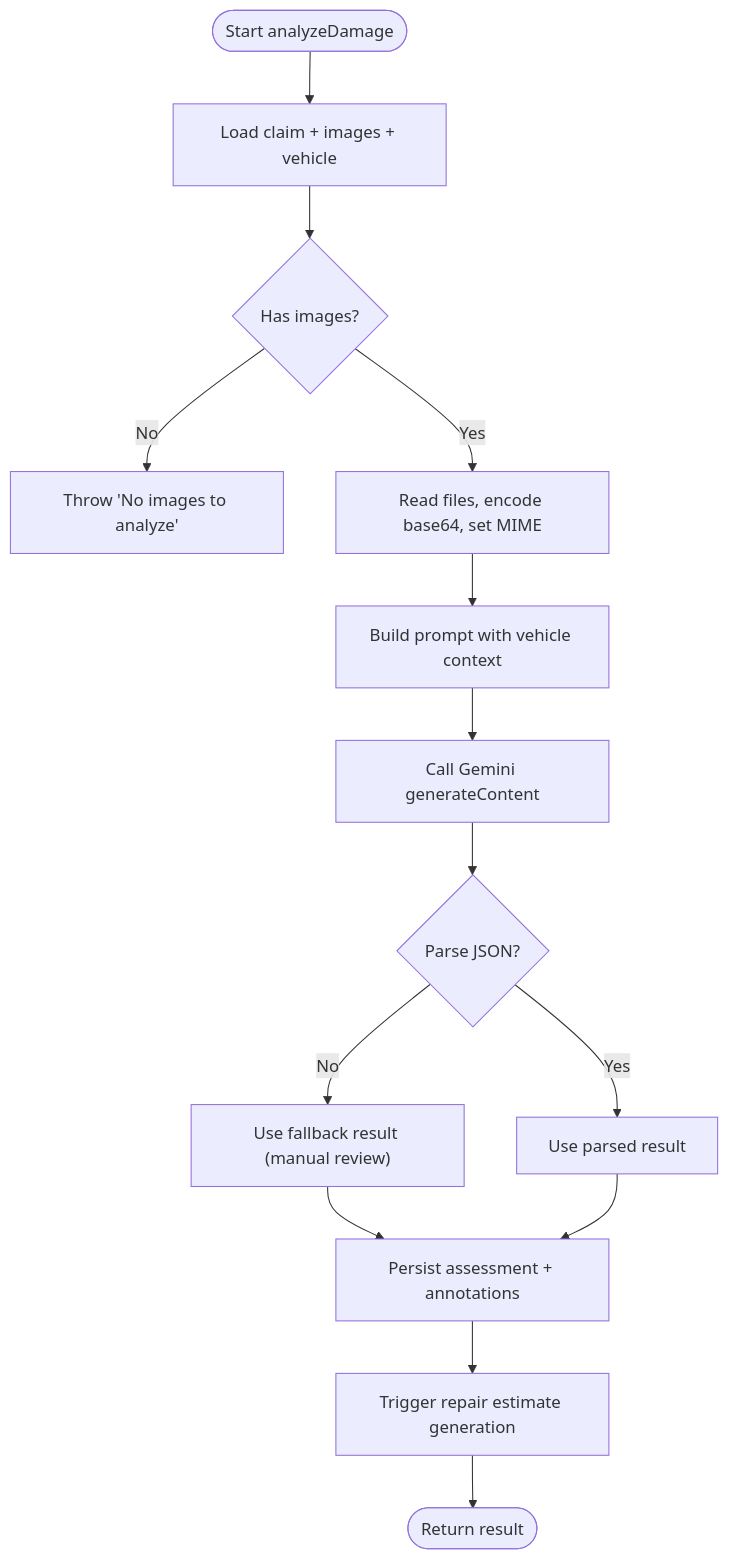
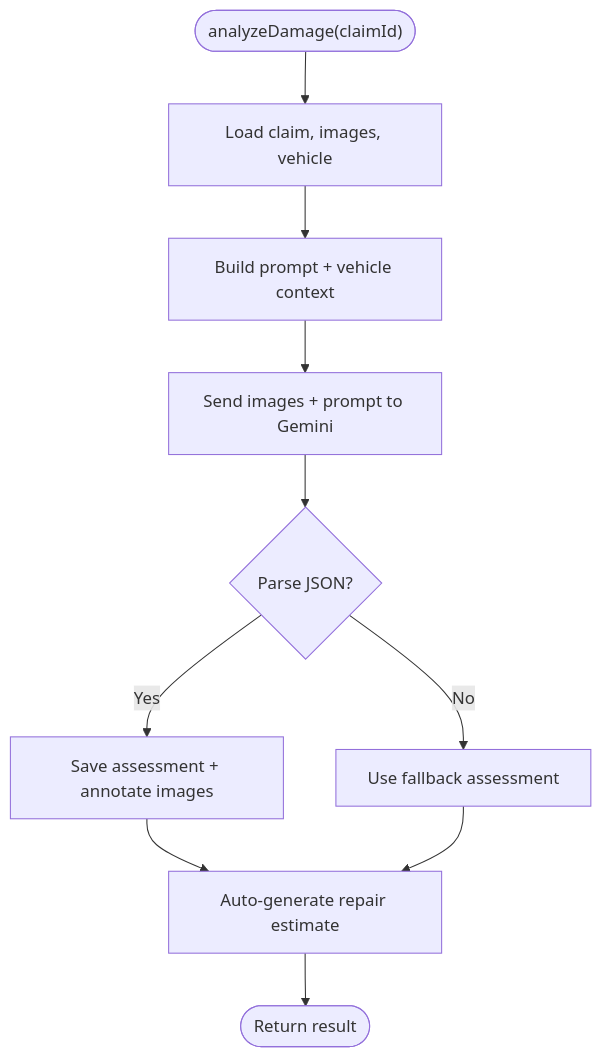
The sixth of 10 diagrams in .qoder/repowiki/en/content/AI Services Integration/AI Services Integration.md (NaveenHiranya/Smart-Vehicle-Insurance-Claim-System), drawn with Mermaid before and after one commit. The commit also changed other lines of this file and 183 other files, not shown here.

````diff
--- a/.qoder/repowiki/en/content/AI Services Integration/AI Services Integration.md
+++ b/.qoder/repowiki/en/content/AI Services Integration/AI Services Integration.md
@@ -170,16 +180,12 @@
 ```mermaid
 flowchart TD
-Start(["Start analyzeDamage"]) --> LoadClaim["Load claim + images + vehicle"]
-LoadClaim --> Validate{"Has images?"}
-Validate -- No --> ErrNoImages["Throw 'No images to analyze'"]
-Validate -- Yes --> PrepareImages["Read files, encode base64, set MIME"]
-PrepareImages --> BuildPrompt["Build prompt with vehicle context"]
-BuildPrompt --> CallGemini["Call Gemini generateContent"]
-CallGemini --> ParseJSON{"Parse JSON?"}
-ParseJSON -- No --> Fallback["Use fallback result (manual review)"]
-ParseJSON -- Yes --> UseResult["Use parsed result"]
-Fallback --> Persist["Persist assessment + annotations"]
-UseResult --> Persist
-Persist --> TriggerEstimate["Trigger repair estimate generation"]
-TriggerEstimate --> End(["Return result"])
+Start(["analyzeDamage(claimId)"]) --> Load["Load claim, images, vehicle"]
+Load --> BuildPrompt["Build prompt + vehicle context"]
+BuildPrompt --> Send["Send images + prompt to Gemini"]
+Send --> Parse{"Parse JSON?"}
+Parse --> |Yes| Save["Save assessment + annotate images"]
+Parse --> |No| Fallback["Use fallback assessment"]
+Save --> AutoEstimate["Auto-generate repair estimate"]
+Fallback --> AutoEstimate
+AutoEstimate --> End(["Return result"])
 ```
````
